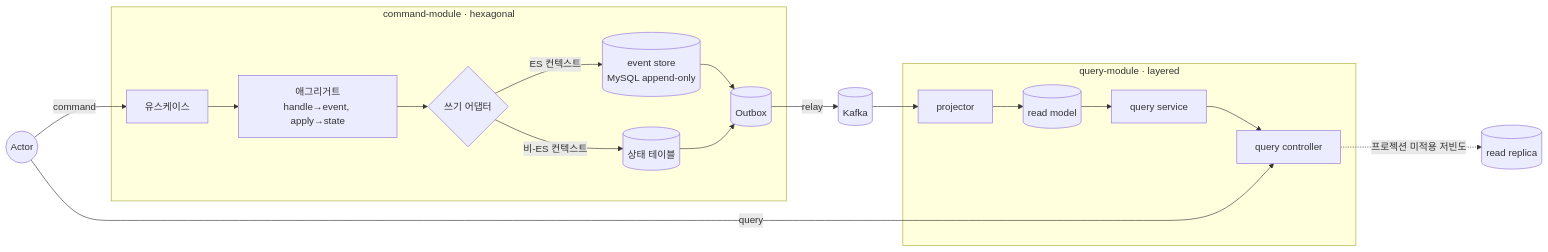
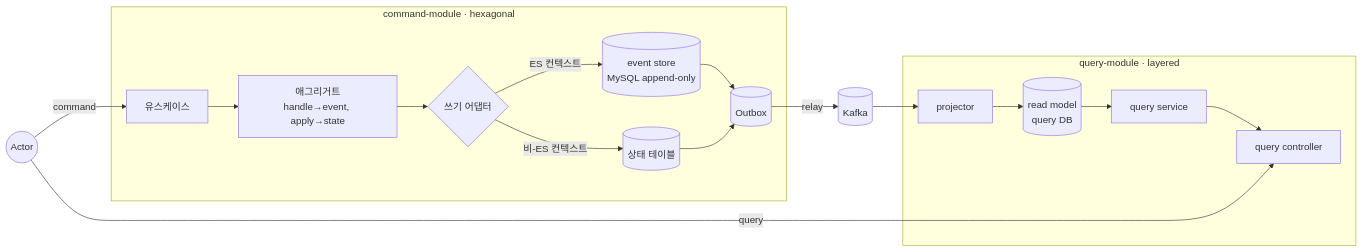
Before and after one commit to newkayak12/prototype-reservation-system: the diagram in docs/v2/design_doc/00-design-overview.md, drawn with Mermaid. The commit also changed 19 other files, not shown here.

````diff
--- a/docs/v2/design_doc/00-design-overview.md
+++ b/docs/v2/design_doc/00-design-overview.md
@@ -11,21 +11,20 @@
 ```mermaid
 graph LR
     actor((Actor))
     actor -->|command| CU
     subgraph cmd [command-module · hexagonal]
         CU[유스케이스] --> AGG[애그리거트<br/>handle→event, apply→state]
         AGG --> OUT{쓰기 어댑터}
         OUT -->|ES 컨텍스트| EVST[(event store<br/>MySQL append-only)]
         OUT -->|비-ES 컨텍스트| ST[(상태 테이블)]
         EVST --> OB[(Outbox)]
         ST --> OB
     end
     OB -->|relay| K[(Kafka)]
     K --> PRJ
     subgraph qry [query-module · layered]
-        PRJ[projector] --> RM[(read model)]
+        PRJ[projector] --> RM[(read model<br/>query DB)]
         RM --> QS[query service] --> QC[query controller]
     end
     actor -->|query| QC
-    QC -.->|프로젝션 미적용 저빈도| REP[(read replica)]
 ```
````
